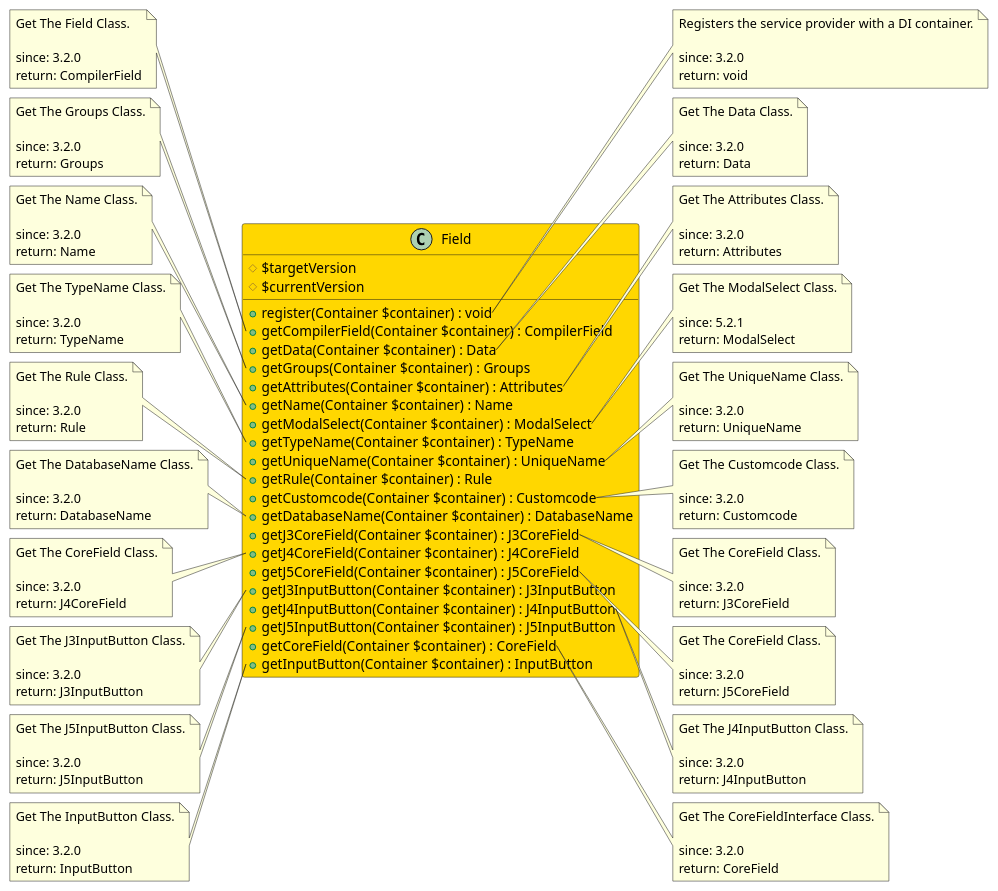
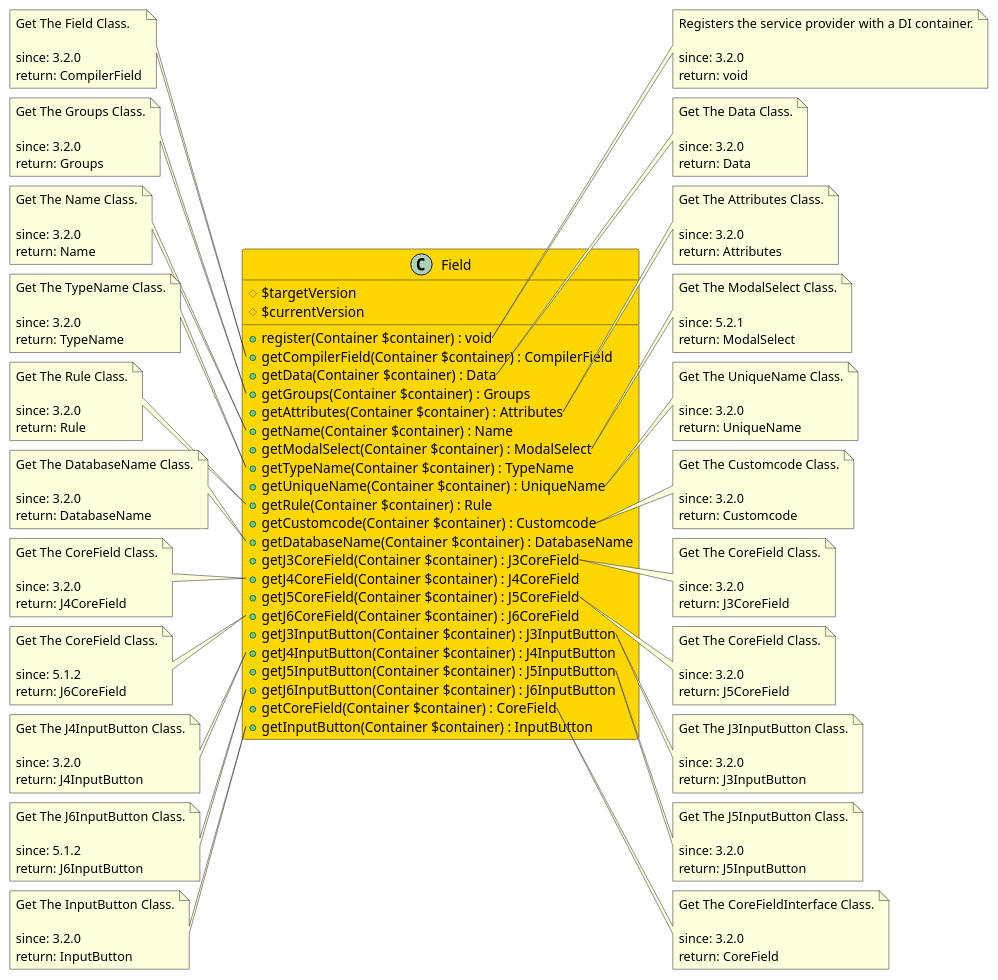
Before and after one commit to joomengine/jcb-compiler: the diagram in src/c6c30d66-3106-44eb-9272-b2cf7ec74613/README.md, drawn with PlantUML. The commit also changed 77 other files, not shown here.

```diff
--- a/src/c6c30d66-3106-44eb-9272-b2cf7ec74613/README.md
+++ b/src/c6c30d66-3106-44eb-9272-b2cf7ec74613/README.md
@@ -23,9 +23,11 @@
   + getJ3CoreField(Container $container) : J3CoreField
   + getJ4CoreField(Container $container) : J4CoreField
   + getJ5CoreField(Container $container) : J5CoreField
+  + getJ6CoreField(Container $container) : J6CoreField
   + getJ3InputButton(Container $container) : J3InputButton
   + getJ4InputButton(Container $container) : J4InputButton
   + getJ5InputButton(Container $container) : J5InputButton
+  + getJ6InputButton(Container $container) : J6InputButton
   + getCoreField(Container $container) : CoreField
   + getInputButton(Container $container) : InputButton
 }
@@ -135,25 +137,39 @@
   return: J5CoreField
 end note
 
-note left of Field::getJ3InputButton
+note left of Field::getJ6CoreField
+  Get The CoreField Class.
+
+  since: 5.1.2
+  return: J6CoreField
+end note
+
+note right of Field::getJ3InputButton
   Get The J3InputButton Class.
 
   since: 3.2.0
   return: J3InputButton
 end note
 
-note right of Field::getJ4InputButton
+note left of Field::getJ4InputButton
   Get The J4InputButton Class.
 
   since: 3.2.0
   return: J4InputButton
 end note
 
-note left of Field::getJ5InputButton
+note right of Field::getJ5InputButton
   Get The J5InputButton Class.
 
   since: 3.2.0
   return: J5InputButton
+end note
+
+note left of Field::getJ6InputButton
+  Get The J6InputButton Class.
+
+  since: 5.1.2
+  return: J6InputButton
 end note
 
 note right of Field::getCoreField
```
